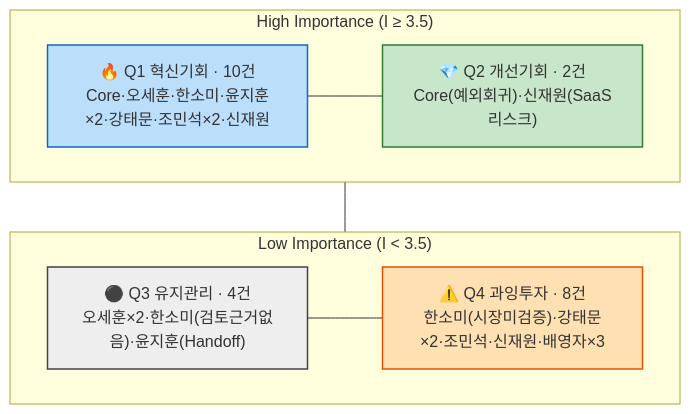
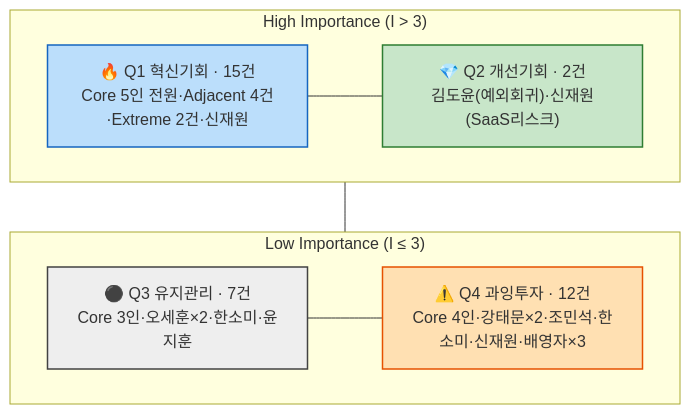
Before and after one commit to serena-kk/business-research-practice-2026-sesac: the diagram in 06_시장기회_분석/03_AOS_채점_및_매트릭스.md, drawn with Mermaid. The commit also changed other lines of this file and 4 other files, not shown here.

````diff
--- a/06_시장기회_분석/03_AOS_채점_및_매트릭스.md
+++ b/06_시장기회_분석/03_AOS_채점_및_매트릭스.md
@@ -98,23 +122,23 @@
 ```mermaid
 flowchart TD
-    subgraph Top["High Importance (I ≥ 3.5)"]
+    subgraph Top["High Importance (I > 3)"]
     direction LR
-    Q1["🔥 Q1 혁신기회 · 10건<br/>Core·오세훈·한소미·윤지훈×2·강태문·조민석×2·신재원"]:::q1
-    Q2["💎 Q2 개선기회 · 2건<br/>Core(예외회귀)·신재원(SaaS리스크)"]:::q2
+    Q1["🔥 Q1 혁신기회 · 15건<br/>Core 5인 전원·Adjacent 4건·Extreme 2건·신재원"]:::q1
+    Q2["💎 Q2 개선기회 · 2건<br/>김도윤(예외회귀)·신재원(SaaS리스크)"]:::q2
     end
 
-    subgraph Bottom["Low Importance (I < 3.5)"]
+    subgraph Bottom["Low Importance (I ≤ 3)"]
     direction LR
-    Q3["⚫ Q3 유지관리 · 4건<br/>오세훈×2·한소미(검토근거없음)·윤지훈(Handoff)"]:::q3
-    Q4["⚠️ Q4 과잉투자 · 8건<br/>한소미(시장미검증)·강태문×2·조민석·신재원·배영자×3"]:::q4
+    Q3["⚫ Q3 유지관리 · 7건<br/>Core 3인·오세훈×2·한소미·윤지훈"]:::q3
+    Q4["⚠️ Q4 과잉투자 · 12건<br/>Core 4인·강태문×2·조민석·한소미·신재원·배영자×3"]:::q4
     end
 
     Q1 --- Q2
     Q3 --- Q4
     Top --- Bottom
 
     classDef q1 fill:#BBDEFB,stroke:#1565C0,stroke-width:1.5px;
     classDef q2 fill:#C8E6C9,stroke:#2E7D32,stroke-width:1.5px;
     classDef q3 fill:#EEEEEE,stroke:#424242,stroke-width:1.5px;
     classDef q4 fill:#FFE0B2,stroke:#E65100,stroke-width:1.5px;
 ```
````
